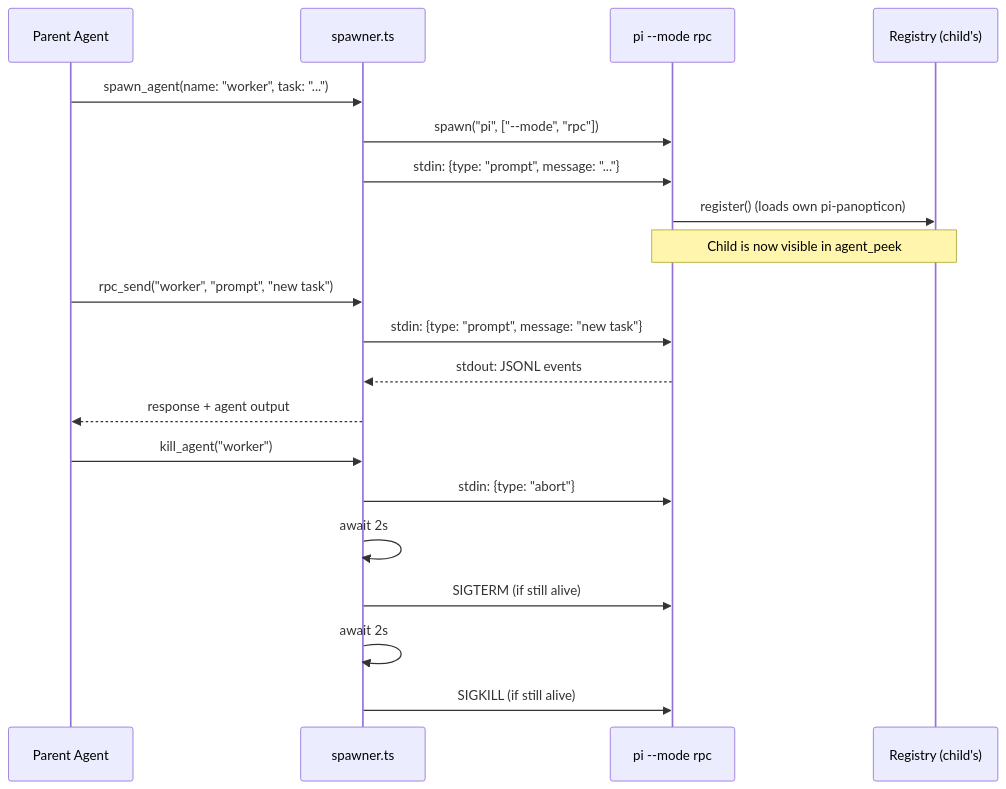
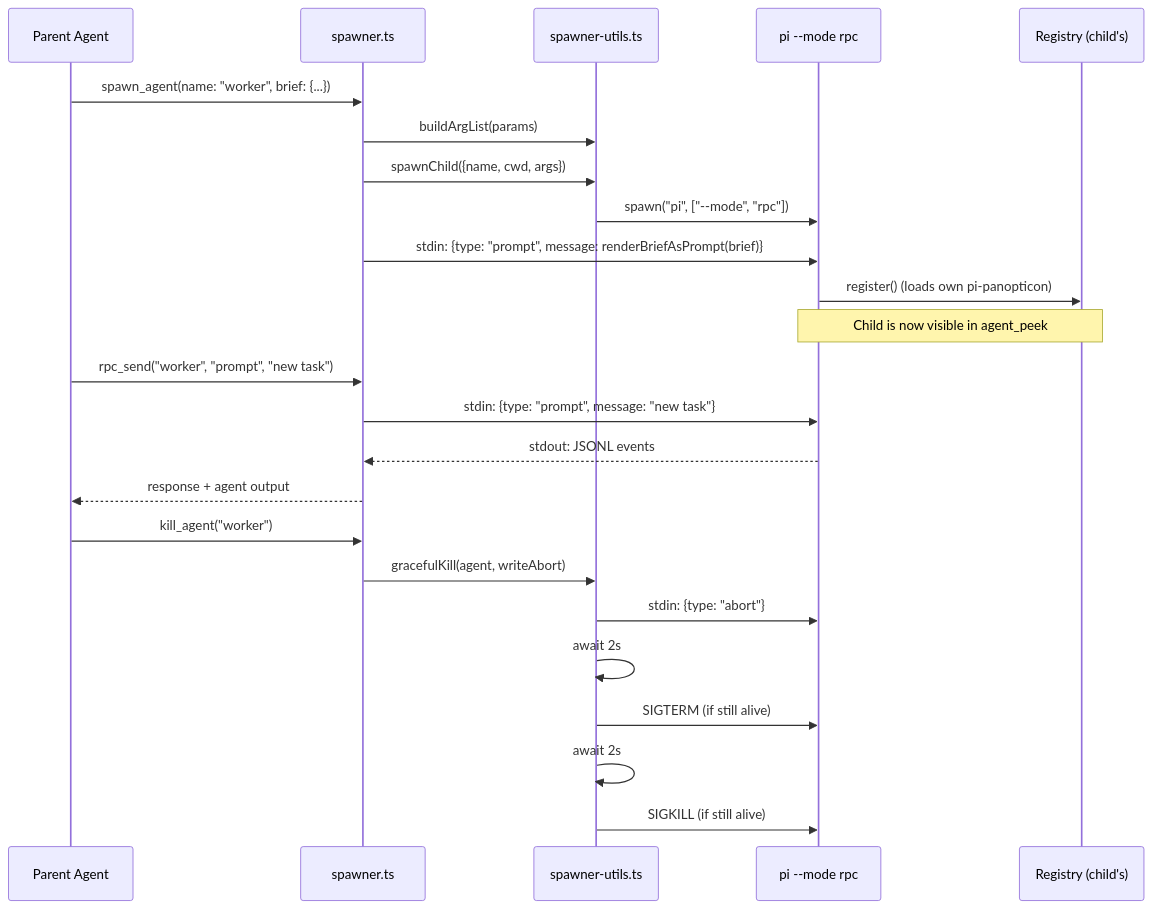
One commit to tS7hKamAYL84j91/pi-tools-and-skills changed the third of 3 diagrams in docs/C4-DataFlow.md. Above: the diagram before and after it, drawn with Mermaid. The commit also changed 4 other files, not shown here.

First line of the commit message:
docs(architecture): add spawner-utils, task-brief, update data flows

````diff
--- a/docs/C4-DataFlow.md
+++ b/docs/C4-DataFlow.md
@@ -65,25 +65,29 @@
 ```mermaid
 sequenceDiagram
     participant A as Parent Agent
     participant SP as spawner.ts
+    participant SU as spawner-utils.ts
     participant Child as pi --mode rpc
     participant Reg as Registry (child's)
 
-    A->>SP: spawn_agent(name: "worker", task: "...")
-    SP->>Child: spawn("pi", ["--mode", "rpc"])
-    SP->>Child: stdin: {type: "prompt", message: "..."}
+    A->>SP: spawn_agent(name: "worker", brief: {...})
+    SP->>SU: buildArgList(params)
+    SP->>SU: spawnChild({name, cwd, args})
+    SU->>Child: spawn("pi", ["--mode", "rpc"])
+    SP->>Child: stdin: {type: "prompt", message: renderBriefAsPrompt(brief)}
     Child->>Reg: register() (loads own pi-panopticon)
     Note over Child,Reg: Child is now visible in agent_peek
 
     A->>SP: rpc_send("worker", "prompt", "new task")
     SP->>Child: stdin: {type: "prompt", message: "new task"}
     Child-->>SP: stdout: JSONL events
     SP-->>A: response + agent output
 
     A->>SP: kill_agent("worker")
-    SP->>Child: stdin: {type: "abort"}
-    SP->>SP: await 2s
-    SP->>Child: SIGTERM (if still alive)
-    SP->>SP: await 2s
-    SP->>Child: SIGKILL (if still alive)
+    SP->>SU: gracefulKill(agent, writeAbort)
+    SU->>Child: stdin: {type: "abort"}
+    SU->>SU: await 2s
+    SU->>Child: SIGTERM (if still alive)
+    SU->>SU: await 2s
+    SU->>Child: SIGKILL (if still alive)
 ```
````
